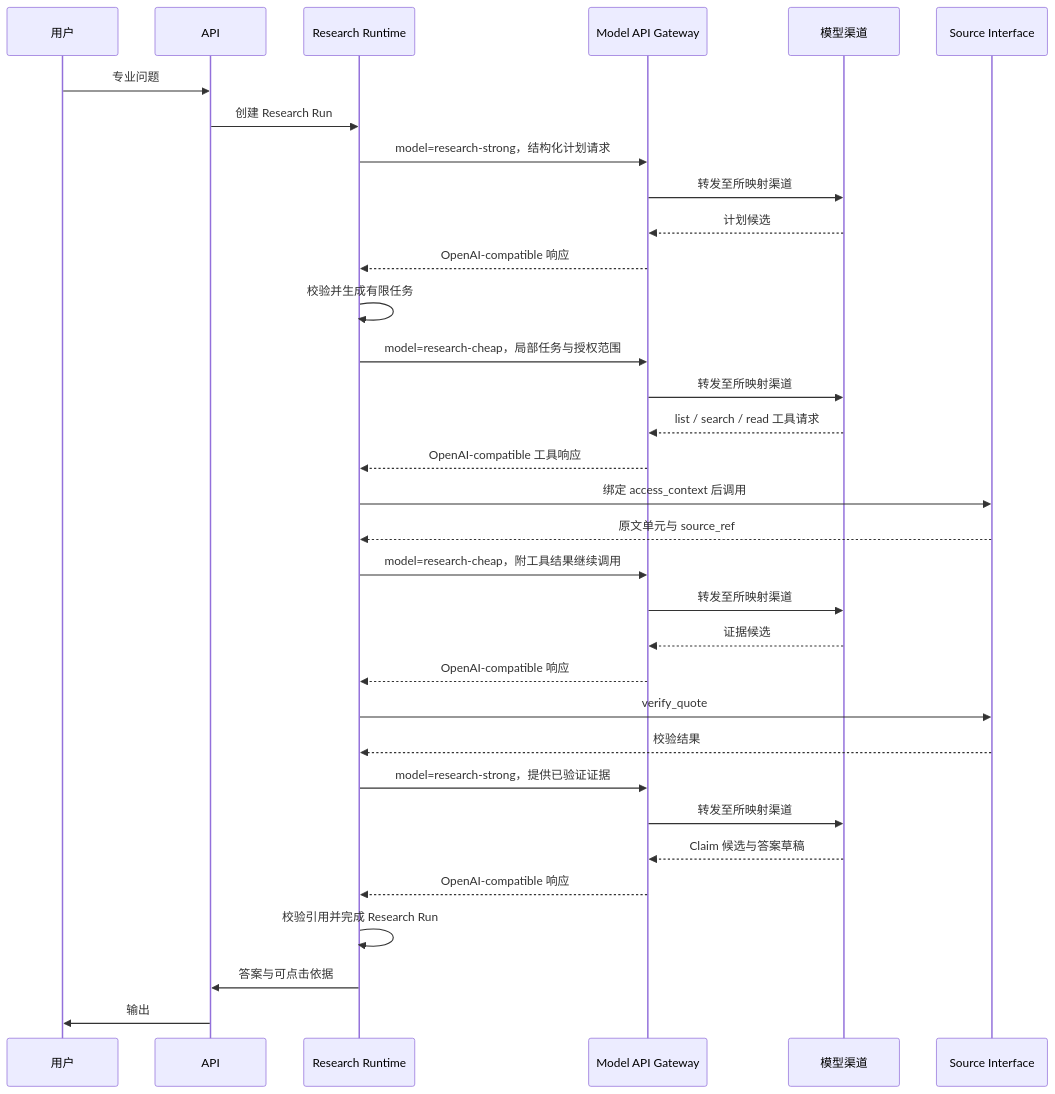
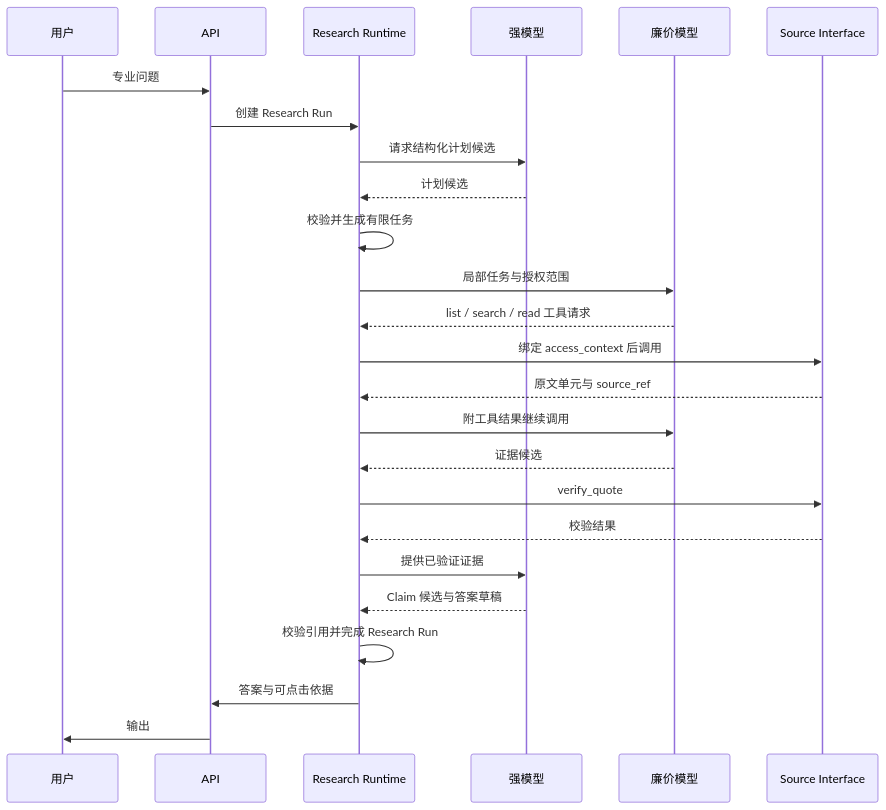
One commit to SuperCatQR/traceable-research-runtime changed the second of 2 diagrams in docs/architecture.md. Above: the diagram before and after it, drawn with Mermaid. The commit also changed other lines of this file, not shown here.

Commit message:
docs: keep model gateway outside workflow

````diff
--- a/docs/architecture.md
+++ b/docs/architecture.md
@@ -187,36 +187,28 @@
 ```mermaid
 sequenceDiagram
     participant U as 用户
     participant A as API
     participant R as Research Runtime
-    participant G as Model API Gateway
-    participant M as 模型渠道
+    participant S as 强模型
+    participant C as 廉价模型
     participant SI as Source Interface
 
     U->>A: 专业问题
     A->>R: 创建 Research Run
-    R->>G: model=research-strong，结构化计划请求
-    G->>M: 转发至所映射渠道
-    M-->>G: 计划候选
-    G-->>R: OpenAI-compatible 响应
+    R->>S: 请求结构化计划候选
+    S-->>R: 计划候选
     R->>R: 校验并生成有限任务
-    R->>G: model=research-cheap，局部任务与授权范围
-    G->>M: 转发至所映射渠道
-    M-->>G: list / search / read 工具请求
-    G-->>R: OpenAI-compatible 工具响应
+    R->>C: 局部任务与授权范围
+    C-->>R: list / search / read 工具请求
     R->>SI: 绑定 access_context 后调用
     SI-->>R: 原文单元与 source_ref
-    R->>G: model=research-cheap，附工具结果继续调用
-    G->>M: 转发至所映射渠道
-    M-->>G: 证据候选
-    G-->>R: OpenAI-compatible 响应
+    R->>C: 附工具结果继续调用
+    C-->>R: 证据候选
     R->>SI: verify_quote
     SI-->>R: 校验结果
-    R->>G: model=research-strong，提供已验证证据
-    G->>M: 转发至所映射渠道
-    M-->>G: Claim 候选与答案草稿
-    G-->>R: OpenAI-compatible 响应
+    R->>S: 提供已验证证据
+    S-->>R: Claim 候选与答案草稿
     R->>R: 校验引用并完成 Research Run
     R->>A: 答案与可点击依据
     A->>U: 输出
 ```
````
